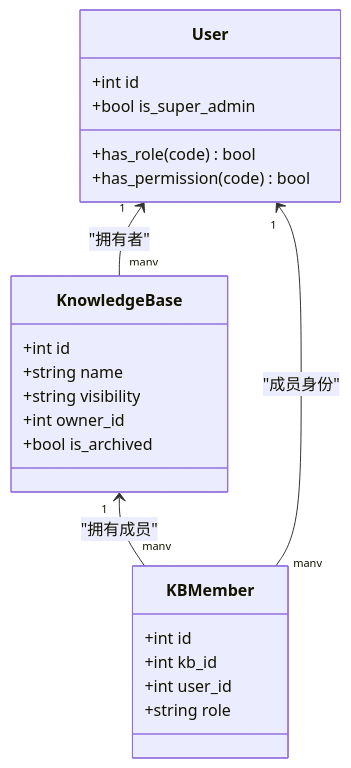
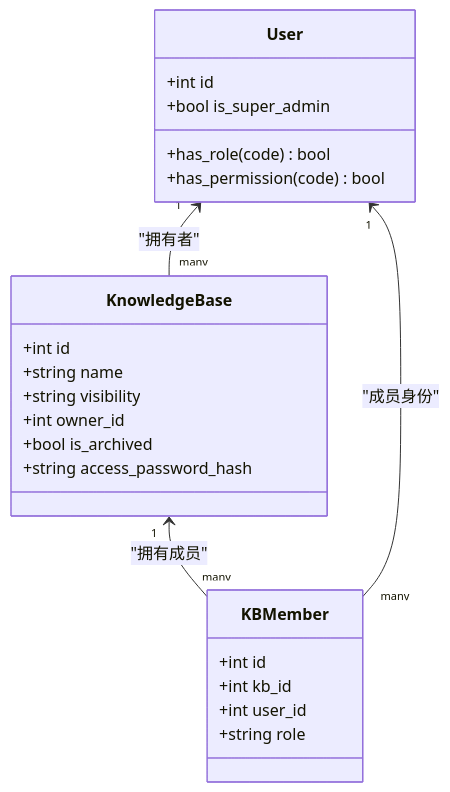
The fifth of 8 diagrams in .qoder/repowiki/zh/content/核心模块/知识库管理模块/权限控制与访问管理.md (beyondalbert/my_wiki), drawn with Mermaid before and after one commit. The commit also changed other lines of this file and 4 other files, not shown here.

````diff
--- a/.qoder/repowiki/zh/content/核心模块/知识库管理模块/权限控制与访问管理.md
+++ b/.qoder/repowiki/zh/content/核心模块/知识库管理模块/权限控制与访问管理.md
@@ -200,25 +263,26 @@
 ```mermaid
 classDiagram
 class KnowledgeBase {
 +int id
 +string name
 +string visibility
 +int owner_id
 +bool is_archived
++string access_password_hash
 }
 class KBMember {
 +int id
 +int kb_id
 +int user_id
 +string role
 }
 class User {
 +int id
 +bool is_super_admin
 +has_role(code) bool
 +has_permission(code) bool
 }
 KnowledgeBase "1" <-- "many" KBMember : "拥有成员"
 User "1" <-- "many" KBMember : "成员身份"
 User "1" <-- "many" KnowledgeBase : "拥有者"
 ```
````
